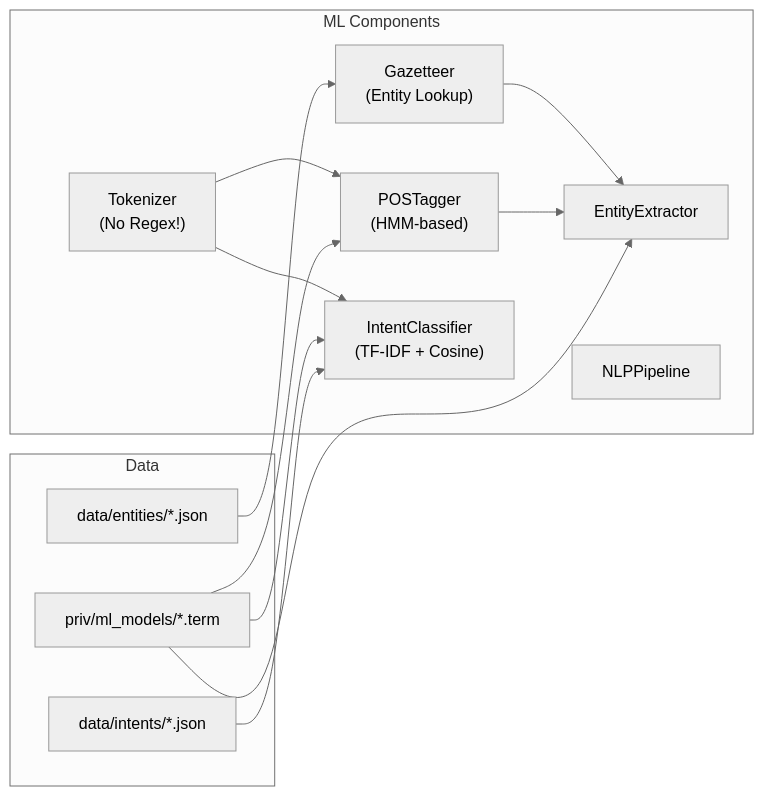
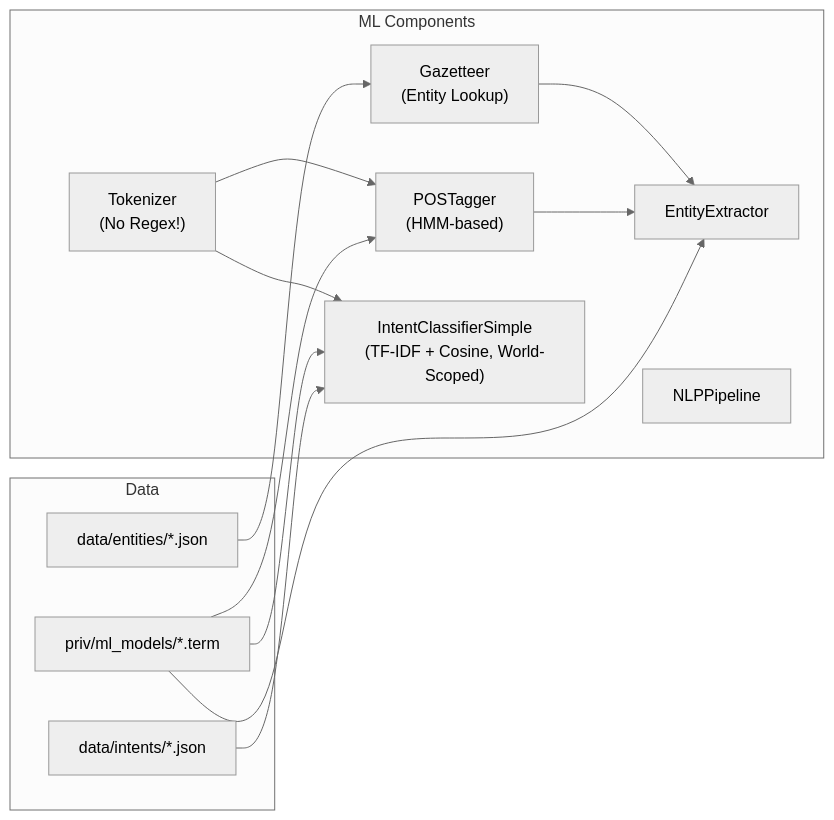
Diagram 23 of 25 in docs/ARCHITECTURE.md (austinkregel/elixir-chatbot), drawn with Mermaid (neutral theme) before and after one commit. The commit also changed other lines of this file and 14 other files, not shown here.

````diff
--- a/docs/ARCHITECTURE.md
+++ b/docs/ARCHITECTURE.md
@@ -1678,27 +1678,27 @@
 ```mermaid
 flowchart LR
     subgraph ML["ML Components"]
         TOK["Tokenizer<br/>(No Regex!)"]
         POS["POSTagger<br/>(HMM-based)"]
         GAZ["Gazetteer<br/>(Entity Lookup)"]
-        IC["IntentClassifier<br/>(TF-IDF + Cosine)"]
+        IC["IntentClassifierSimple<br/>(TF-IDF + Cosine, World-Scoped)"]
         EE["EntityExtractor"]
         NLP["NLPPipeline"]
     end
 
     subgraph Data
         INTENTS[data/intents/*.json]
         ENTITIES[data/entities/*.json]
         MODELS[priv/ml_models/*.term]
     end
 
     INTENTS --> IC
     ENTITIES --> GAZ
     MODELS --> IC
     MODELS --> POS
     MODELS --> EE
 
     TOK --> POS --> EE
     TOK --> IC
     GAZ --> EE
 ```
````
